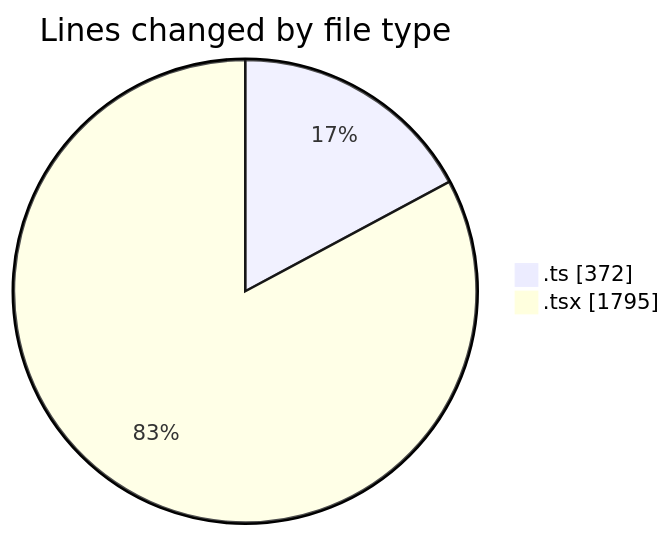
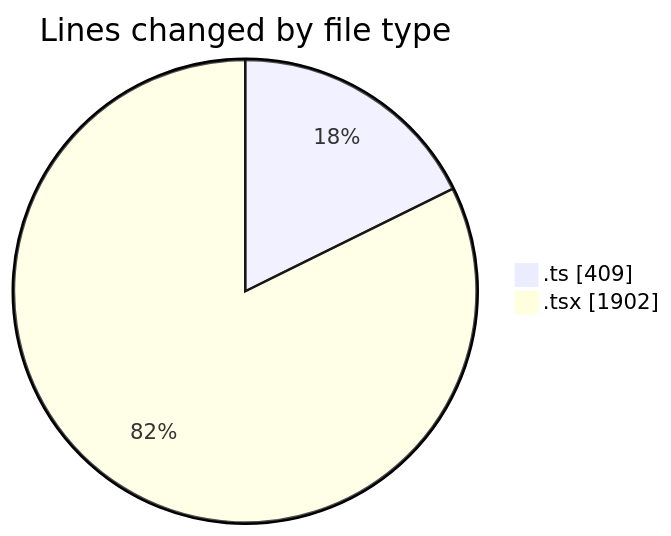
One commit to robertbonfada/code-tracking changed the first of 2 diagrams in 2025-02-25/mbc-web/README.md. Above: the diagram before and after it, drawn with Mermaid. The commit also changed other lines of this file and 1 other file, not shown here.

````diff
--- a/2025-02-25/mbc-web/README.md
+++ b/2025-02-25/mbc-web/README.md
@@ -26,6 +28,6 @@
 ```mermaid
 pie showData
 title Lines changed by file type
-".ts" : 372
-".tsx" : 1795
+".ts" : 409
+".tsx" : 1902
 ```
````
